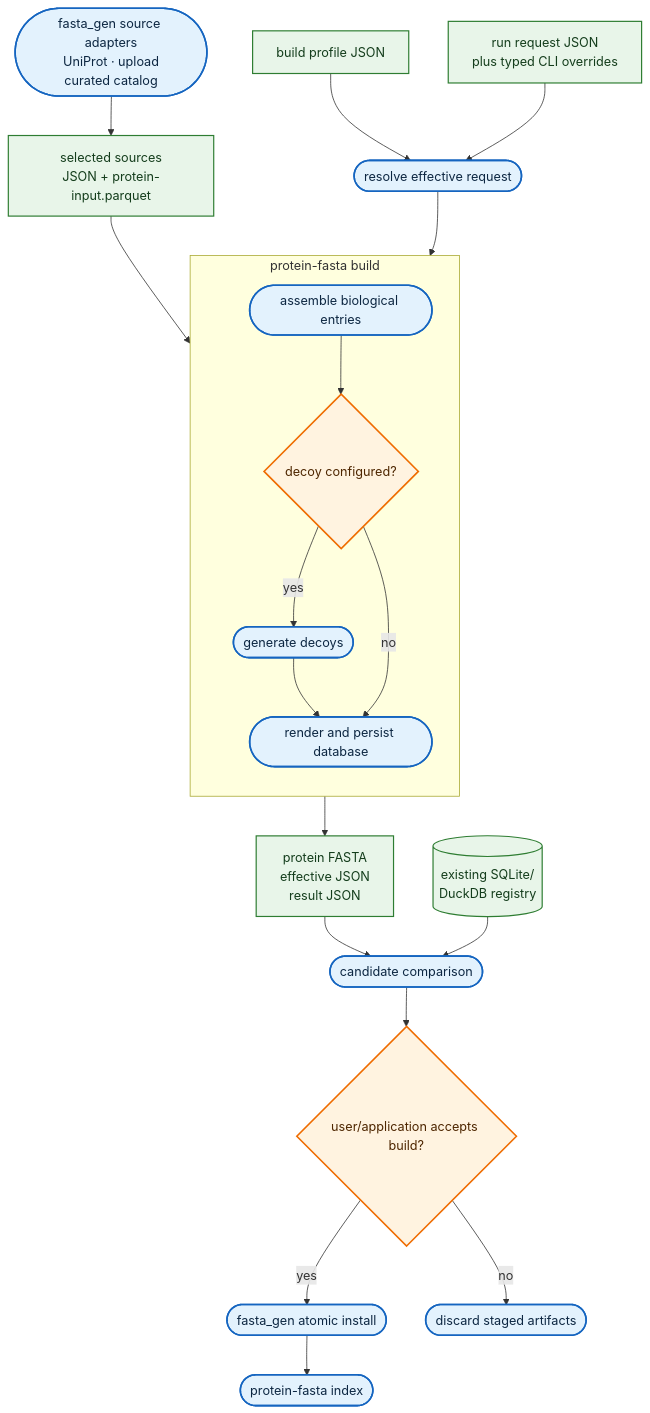
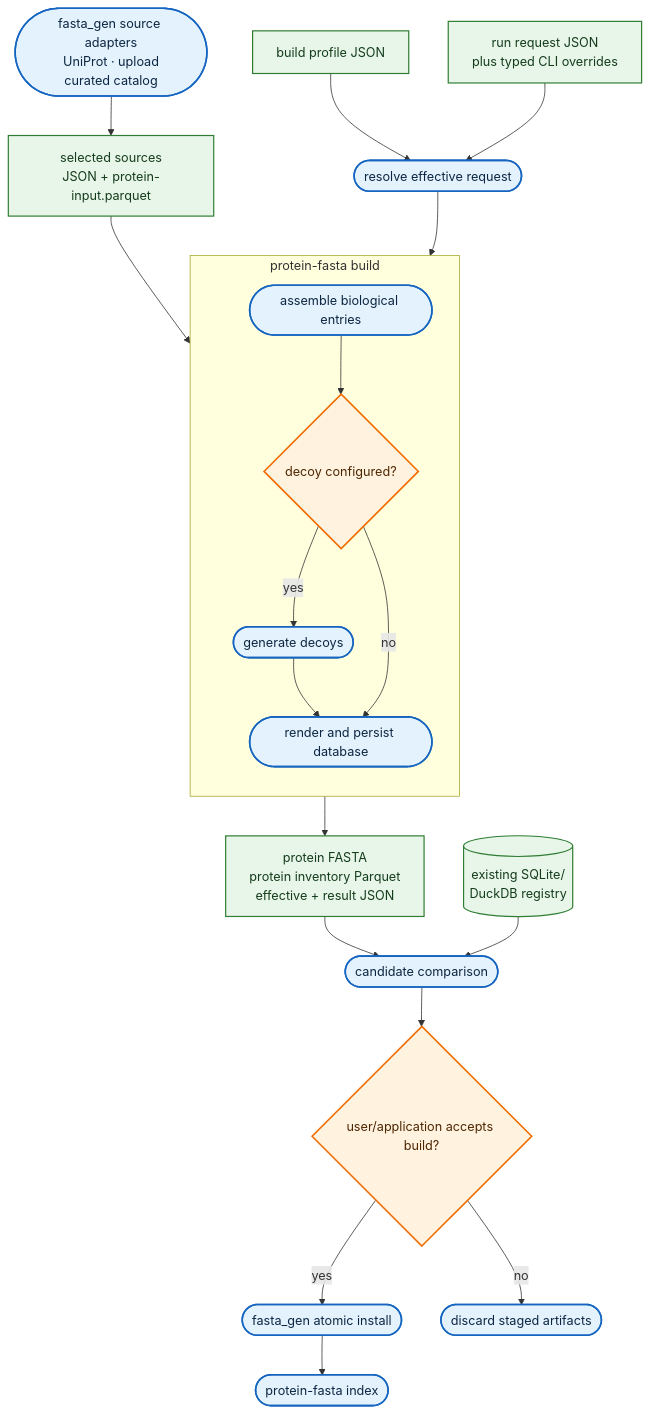
Before and after one commit to anndata-omics-bridge/protein-fasta: the first of 4 diagrams in docs/workflows.md, drawn with Mermaid. The commit also changed other lines of this file and 6 other files, not shown here.

Commit message:
feat: emit protein inventory parquet

````diff
--- a/docs/workflows.md
+++ b/docs/workflows.md
@@ -11,33 +11,33 @@
 ```mermaid
 flowchart TB
     A(["fasta_gen source adapters<br/>UniProt · upload<br/>curated catalog"]) --> B["selected sources<br/>JSON + protein-input.parquet"]
     P["build profile JSON"] --> C(["resolve effective request"])
     R["run request JSON<br/>plus typed CLI overrides"] --> C
     subgraph BUILD["protein-fasta build"]
         direction TB
         D(["assemble biological entries"])
         N{"decoy configured?"}
         O(["generate decoys"])
         W(["render and persist database"])
         D --> N
         N -->|yes| O
         O --> W
         N -->|no| W
     end
     B --> D
     C --> D
-    W --> F["protein FASTA<br/>effective JSON<br/>result JSON"]
+    W --> F["protein FASTA<br/>protein inventory Parquet<br/>effective + result JSON"]
     F --> H(["candidate comparison"])
     I[("existing SQLite/<br/>DuckDB registry")] --> H
     H --> J{"user/application accepts build?"}
     J -->|yes| K(["fasta_gen atomic install"])
     K --> L(["protein-fasta index"])
     J -->|no| M(["discard staged artifacts"])
 
     classDef compute fill:#e3f2fd,stroke:#1565c0,stroke-width:2px,color:#0d2742
     classDef data fill:#e8f5e9,stroke:#2e7d32,stroke-width:1.5px,color:#143d1c
     classDef decision fill:#fff3e0,stroke:#ef6c00,stroke-width:2px,color:#4e2600
     class A,C,D,O,W,H,K,L,M compute
     class B,P,R,F,I data
     class N,J decision
 ```
````
